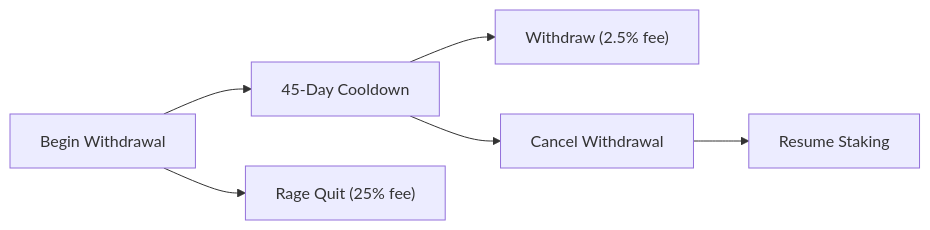
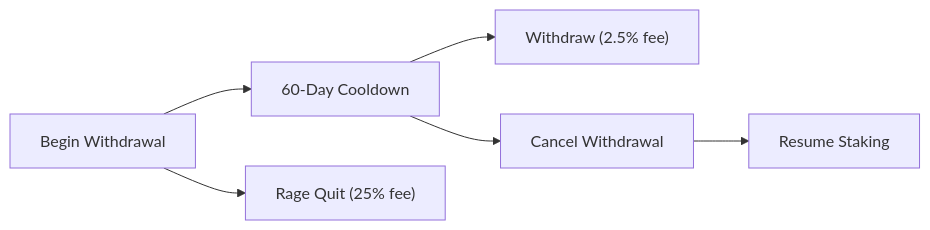
One commit to katana-network/katana-docs changed the diagram in docs/katana/how-to/kat-unstake-and-exit.md. Above: the diagram before and after it, drawn with Mermaid. The commit also changed other lines of this file and 8 other files, not shown here.

````diff
--- a/docs/katana/how-to/kat-unstake-and-exit.md
+++ b/docs/katana/how-to/kat-unstake-and-exit.md
@@ -74,8 +71,10 @@
 ```mermaid
 graph LR
-    A["Begin Withdrawal"] --> B["45-Day Cooldown"]
+    A["Begin Withdrawal"] --> B["60-Day Cooldown"]
+    %% TODO: switch back when cooldown becomes 45 days:
+    %% A["Begin Withdrawal"] --> B["45-Day Cooldown"]
     B --> C["Withdraw (2.5% fee)"]
     A --> D["Rage Quit (25% fee)"]
     B --> E["Cancel Withdrawal"]
     E --> F["Resume Staking"]
 ```
````
